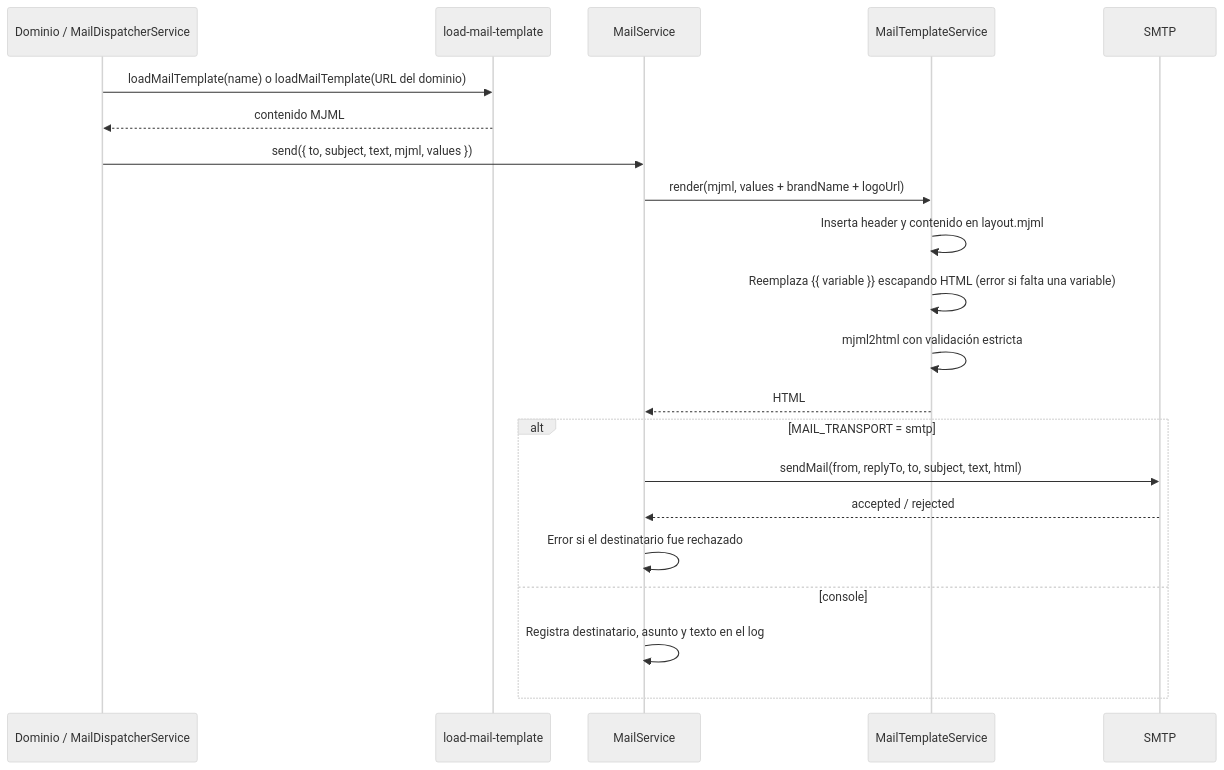
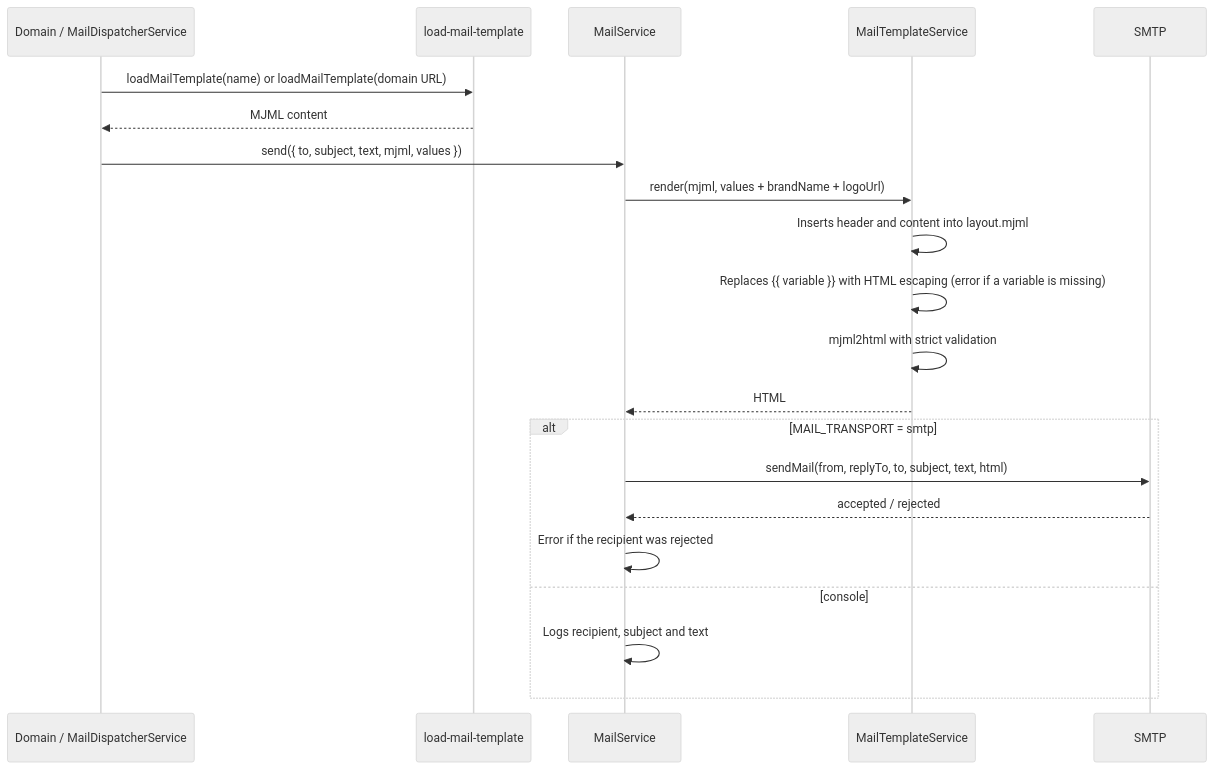
One commit to UMSSY/umssy-app changed the second of 2 diagrams in docs/mail/README.md. Above: the diagram before and after it, drawn with Mermaid (neutral theme). The commit also changed other lines of this file and 8 other files, not shown here.

````diff
--- a/docs/mail/README.md
+++ b/docs/mail/README.md
@@ -32,23 +32,23 @@
 ```mermaid
 sequenceDiagram
-  participant D as Dominio / MailDispatcherService
+  participant D as Domain / MailDispatcherService
   participant H as load-mail-template
   participant M as MailService
   participant T as MailTemplateService
   participant S as SMTP
-  D->>H: loadMailTemplate(name) o loadMailTemplate(URL del dominio)
-  H-->>D: contenido MJML
+  D->>H: loadMailTemplate(name) or loadMailTemplate(domain URL)
+  H-->>D: MJML content
   D->>M: send({ to, subject, text, mjml, values })
   M->>T: render(mjml, values + brandName + logoUrl)
-  T->>T: Inserta header y contenido en layout.mjml
-  T->>T: Reemplaza {{ variable }} escapando HTML (error si falta una variable)
-  T->>T: mjml2html con validación estricta
+  T->>T: Inserts header and content into layout.mjml
+  T->>T: Replaces {{ variable }} with HTML escaping (error if a variable is missing)
+  T->>T: mjml2html with strict validation
   T-->>M: HTML
   alt MAIL_TRANSPORT = smtp
     M->>S: sendMail(from, replyTo, to, subject, text, html)
     S-->>M: accepted / rejected
-    M->>M: Error si el destinatario fue rechazado
+    M->>M: Error if the recipient was rejected
   else console
-    M->>M: Registra destinatario, asunto y texto en el log
+    M->>M: Logs recipient, subject and text
   end
 ```
````
